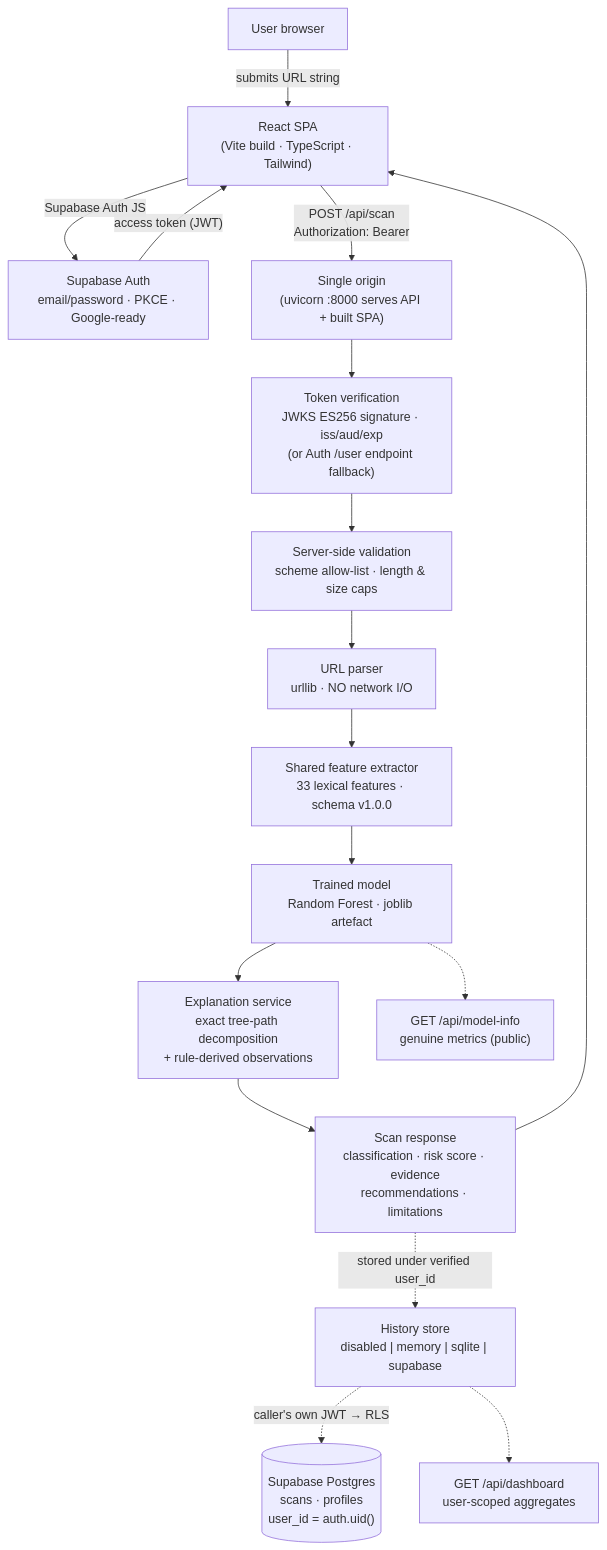
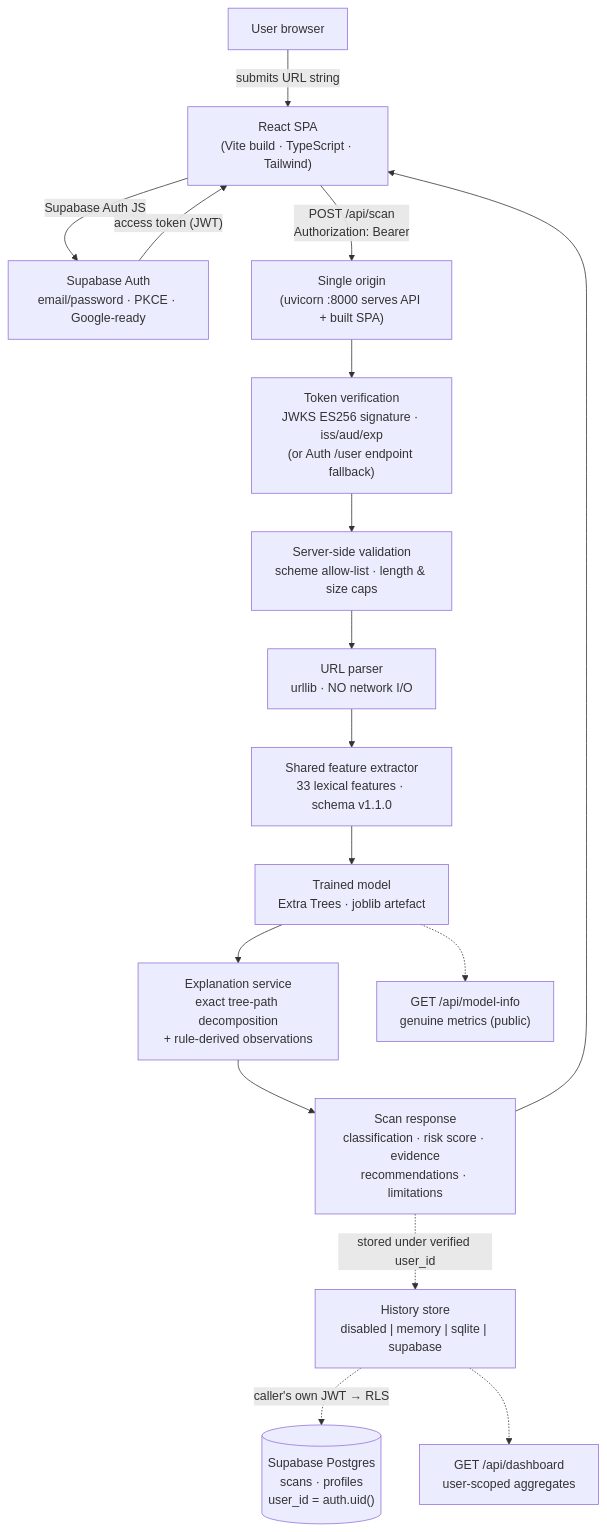
Before and after one commit to AbdouSalamSisawo/ThreatLens-AI: the diagram in docs/ARCHITECTURE.md, drawn with Mermaid. The commit also changed other lines of this file and 5 other files, not shown here.

````diff
--- a/docs/ARCHITECTURE.md
+++ b/docs/ARCHITECTURE.md
@@ -5,19 +5,19 @@
 ```mermaid
 flowchart TD
     U[User browser] -->|submits URL string| FE["React SPA<br/>(Vite build · TypeScript · Tailwind)"]
     FE -->|Supabase Auth JS| SB["Supabase Auth<br/>email/password · PKCE · Google-ready"]
     SB -->|"access token (JWT)"| FE
     FE -->|"POST /api/scan<br/>Authorization: Bearer"| GW["Single origin<br/>(uvicorn :8000 serves API + built SPA)"]
     GW --> AUTH["Token verification<br/>JWKS ES256 signature · iss/aud/exp<br/>(or Auth /user endpoint fallback)"]
     AUTH --> V["Server-side validation<br/>scheme allow-list · length & size caps"]
     V --> P["URL parser<br/>urllib · NO network I/O"]
-    P --> FX["Shared feature extractor<br/>33 lexical features · schema v1.0.0"]
-    FX --> M["Trained model<br/>Random Forest · joblib artefact"]
+    P --> FX["Shared feature extractor<br/>33 lexical features · schema v1.1.0"]
+    FX --> M["Trained model<br/>Extra Trees · joblib artefact"]
     M --> EX["Explanation service<br/>exact tree-path decomposition<br/>+ rule-derived observations"]
     EX --> R["Scan response<br/>classification · risk score · evidence<br/>recommendations · limitations"]
     R --> FE
     R -.->|"stored under verified user_id"| H["History store<br/>disabled | memory | sqlite | supabase"]
     H -.->|"caller's own JWT → RLS"| DB[("Supabase Postgres<br/>scans · profiles<br/>user_id = auth.uid()")]
     H -.-> D["GET /api/dashboard<br/>user-scoped aggregates"]
     M -.-> MI["GET /api/model-info<br/>genuine metrics (public)"]
 ```
````
